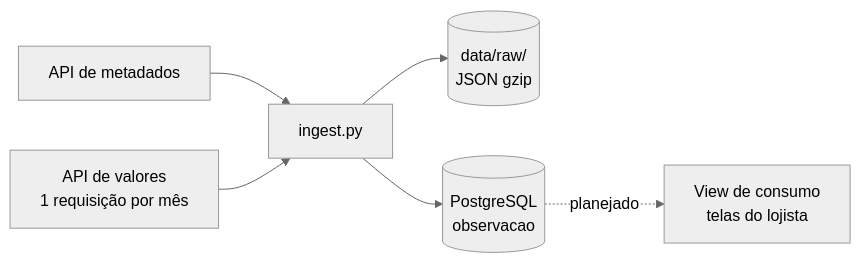
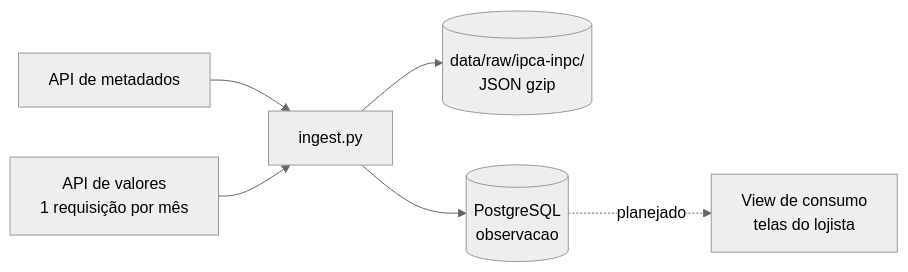
One commit to Bappoz/inflatrack changed the diagram in docs/pipeline/pipelineDados.md. Above: the diagram before and after it, drawn with Mermaid (neutral theme). The commit also changed other lines of this file and 14 other files, not shown here.

````diff
--- a/docs/pipeline/pipelineDados.md
+++ b/docs/pipeline/pipelineDados.md
@@ -11,8 +11,8 @@
 ```mermaid
 flowchart LR
     A[API de metadados] --> C[ingest.py]
     B[API de valores<br/>1 requisição por mês] --> C
-    C --> D[(data/raw/<br/>JSON gzip)]
+    C --> D[(data/raw/ipca-inpc/<br/>JSON gzip)]
     C --> E[(PostgreSQL<br/>observacao)]
     E -. planejado .-> F[View de consumo<br/>telas do lojista]
 ```
````
